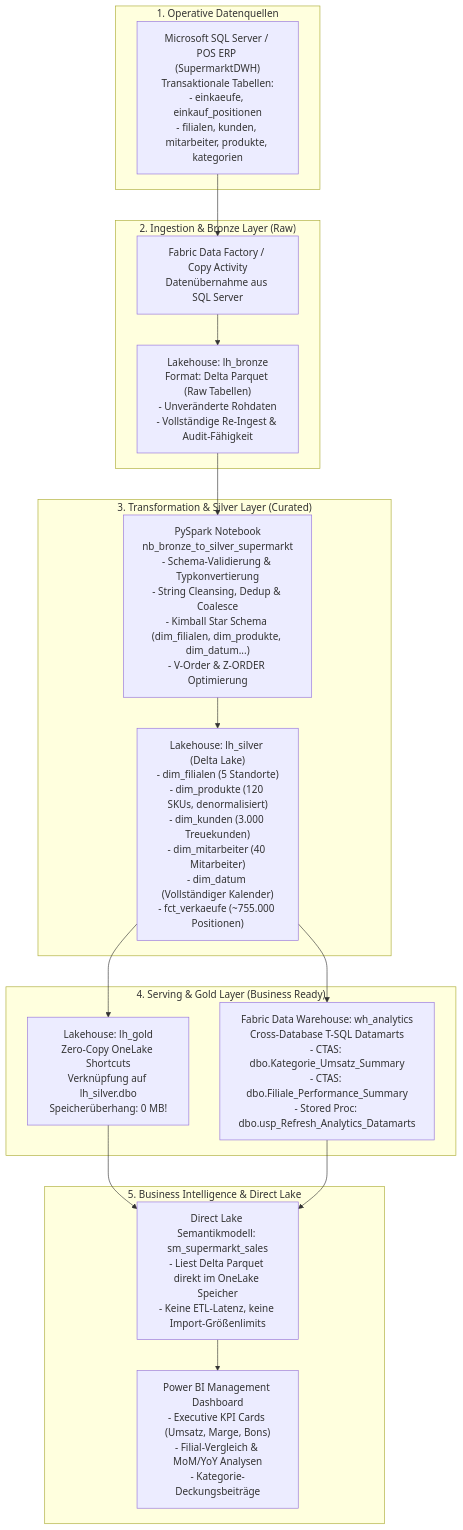
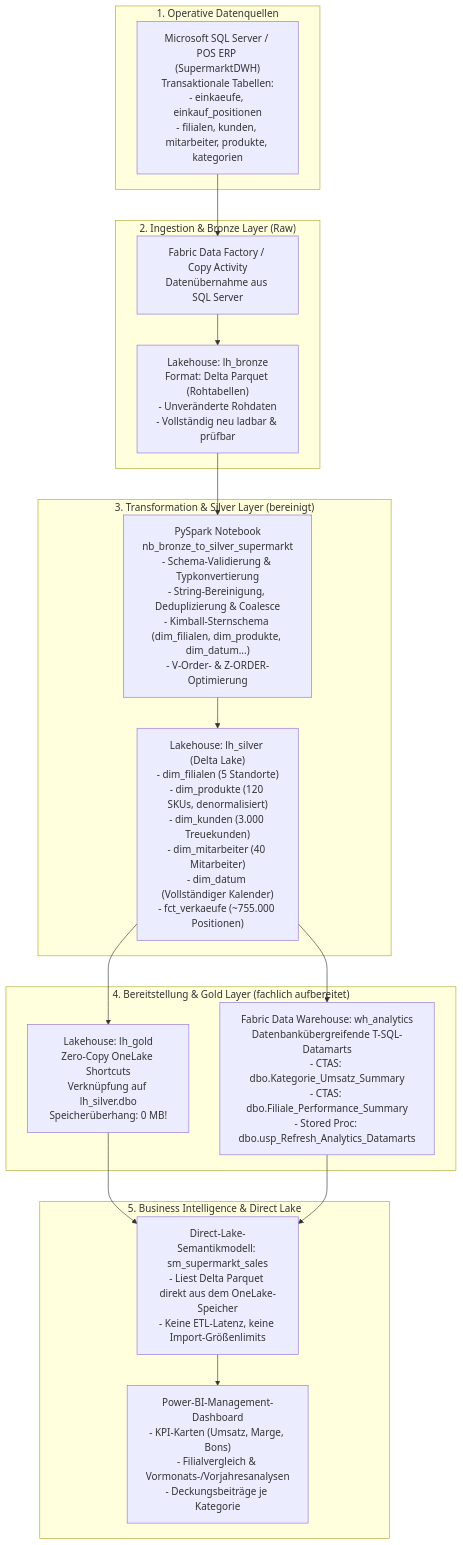
The diagram in README.md (alefritz19/Supermarkt-Medallion-Lakehouse-Fabric), drawn with Mermaid before and after one commit. The commit also changed other lines of this file and 3 other files, not shown here.

First line of the commit message:
docs: translate README, notebook, DAX and SQL comments to German

````diff
--- a/README.md
+++ b/README.md
@@ -22,34 +22,34 @@
 ```mermaid
 flowchart TD
     subgraph OnPrem["1. Operative Datenquellen"]
         SQL["Microsoft SQL Server / POS ERP (SupermarktDWH)\nTransaktionale Tabellen:\n- einkaeufe, einkauf_positionen\n- filialen, kunden, mitarbeiter, produkte, kategorien"]
     end
 
     subgraph FabricBronze["2. Ingestion & Bronze Layer (Raw)"]
         GW["Fabric Data Factory / Copy Activity\nDatenübernahme aus SQL Server"]
-        Bronze["Lakehouse: lh_bronze\nFormat: Delta Parquet (Raw Tabellen)\n- Unveränderte Rohdaten\n- Vollständige Re-Ingest & Audit-Fähigkeit"]
+        Bronze["Lakehouse: lh_bronze\nFormat: Delta Parquet (Rohtabellen)\n- Unveränderte Rohdaten\n- Vollständig neu ladbar & prüfbar"]
     end
 
-    subgraph FabricSilver["3. Transformation & Silver Layer (Curated)"]
-        NB["PySpark Notebook\nnb_bronze_to_silver_supermarkt\n- Schema-Validierung & Typkonvertierung\n- String Cleansing, Dedup & Coalesce\n- Kimball Star Schema (dim_filialen, dim_produkte, dim_datum...)\n- V-Order & Z-ORDER Optimierung"]
+    subgraph FabricSilver["3. Transformation & Silver Layer (bereinigt)"]
+        NB["PySpark Notebook\nnb_bronze_to_silver_supermarkt\n- Schema-Validierung & Typkonvertierung\n- String-Bereinigung, Deduplizierung & Coalesce\n- Kimball-Sternschema (dim_filialen, dim_produkte, dim_datum...)\n- V-Order- & Z-ORDER-Optimierung"]
         Silver["Lakehouse: lh_silver (Delta Lake)\n- dim_filialen (5 Standorte)\n- dim_produkte (120 SKUs, denormalisiert)\n- dim_kunden (3.000 Treuekunden)\n- dim_mitarbeiter (40 Mitarbeiter)\n- dim_datum (Vollständiger Kalender)\n- fct_verkaeufe (~755.000 Positionen)"]
     end
 
-    subgraph FabricGold["4. Serving & Gold Layer (Business Ready)"]
+    subgraph FabricGold["4. Bereitstellung & Gold Layer (fachlich aufbereitet)"]
         Gold["Lakehouse: lh_gold\nZero-Copy OneLake Shortcuts\nVerknüpfung auf lh_silver.dbo\nSpeicherüberhang: 0 MB!"]
-        WH["Fabric Data Warehouse: wh_analytics\nCross-Database T-SQL Datamarts\n- CTAS: dbo.Kategorie_Umsatz_Summary\n- CTAS: dbo.Filiale_Performance_Summary\n- Stored Proc: dbo.usp_Refresh_Analytics_Datamarts"]
+        WH["Fabric Data Warehouse: wh_analytics\nDatenbankübergreifende T-SQL-Datamarts\n- CTAS: dbo.Kategorie_Umsatz_Summary\n- CTAS: dbo.Filiale_Performance_Summary\n- Stored Proc: dbo.usp_Refresh_Analytics_Datamarts"]
     end
 
     subgraph PowerBI["5. Business Intelligence & Direct Lake"]
-        SM["Direct Lake Semantikmodell: sm_supermarkt_sales\n- Liest Delta Parquet direkt im OneLake Speicher\n- Keine ETL-Latenz, keine Import-Größenlimits"]
-        Report["Power BI Management Dashboard\n- Executive KPI Cards (Umsatz, Marge, Bons)\n- Filial-Vergleich & MoM/YoY Analysen\n- Kategorie-Deckungsbeiträge"]
+        SM["Direct-Lake-Semantikmodell: sm_supermarkt_sales\n- Liest Delta Parquet direkt aus dem OneLake-Speicher\n- Keine ETL-Latenz, keine Import-Größenlimits"]
+        Report["Power-BI-Management-Dashboard\n- KPI-Karten (Umsatz, Marge, Bons)\n- Filialvergleich & Vormonats-/Vorjahresanalysen\n- Deckungsbeiträge je Kategorie"]
     end
 
     SQL --> GW --> Bronze
     Bronze --> NB --> Silver
     Silver --> Gold
     Silver --> WH
     Gold --> SM
     WH --> SM
     SM --> Report
 ```
````
